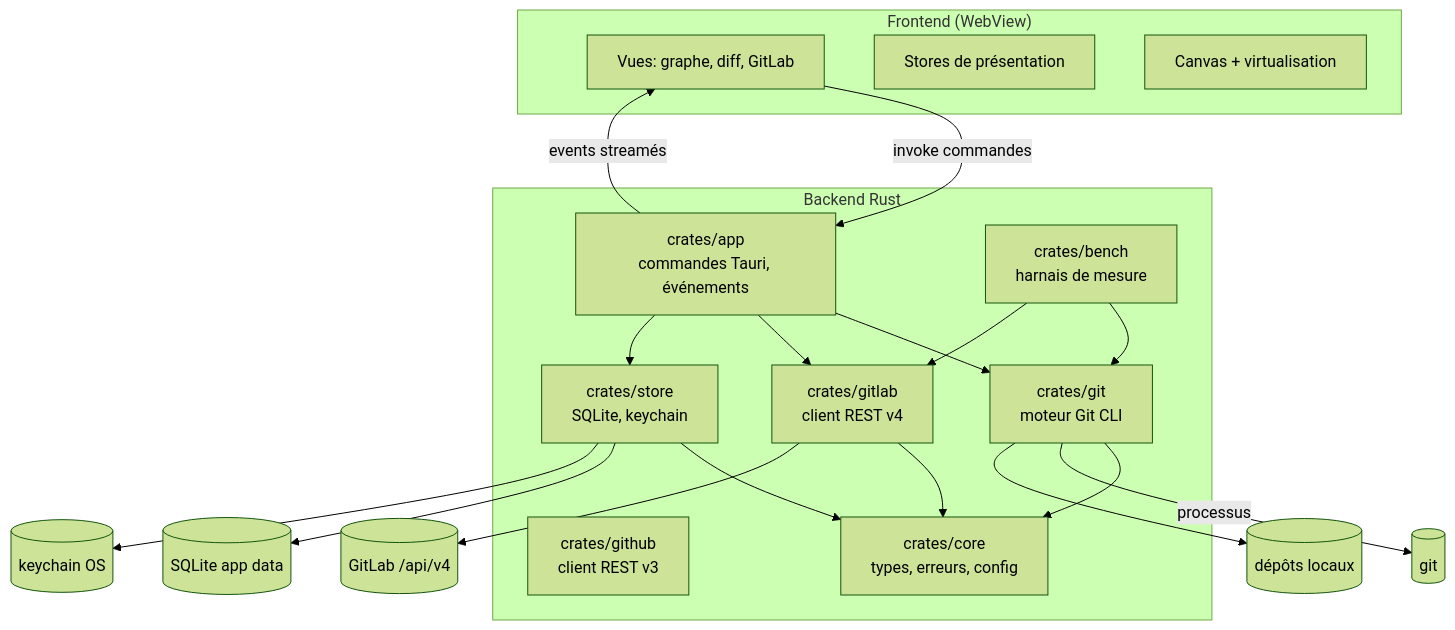
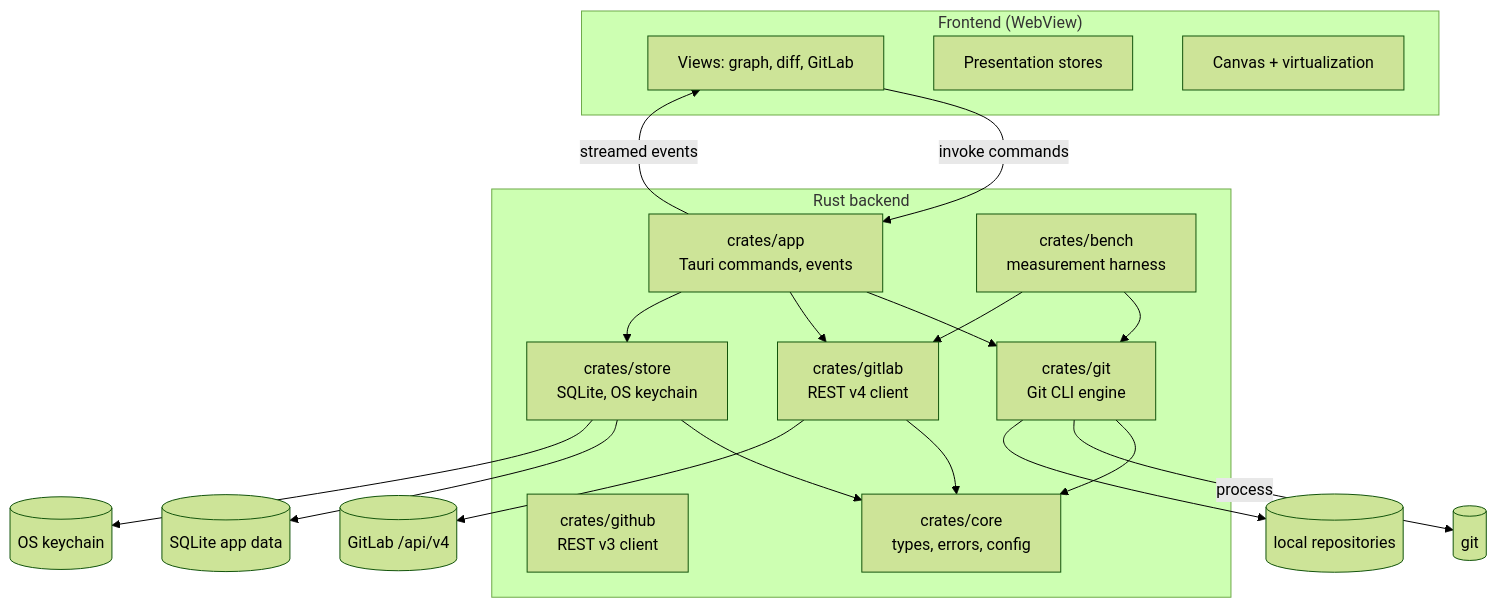
One commit to Methamorphe/beebranch changed the first of 2 diagrams in docs/02-architecture.md. Above: the diagram before and after it, drawn with Mermaid (forest theme). The commit also changed other lines of this file and 153 other files, not shown here.

````diff
--- a/docs/02-architecture.md
+++ b/docs/02-architecture.md
@@ -7,35 +7,35 @@
 ```mermaid
 flowchart TB
   subgraph Frontend["Frontend (WebView)"]
-    UI[Vues: graphe, diff, GitLab]
-    STATE[Stores de présentation]
-    RENDER[Canvas + virtualisation]
+    UI[Views: graph, diff, GitLab]
+    STATE[Presentation stores]
+    RENDER[Canvas + virtualization]
   end
 
-  subgraph Backend["Backend Rust"]
-    APP[crates/app<br/>commandes Tauri, événements]
-    GIT[crates/git<br/>moteur Git CLI]
-    GL[crates/gitlab<br/>client REST v4]
-    GH[crates/github<br/>client REST v3]
-    CORE[crates/core<br/>types, erreurs, config]
-    STORE[crates/store<br/>SQLite, keychain]
-    BENCH[crates/bench<br/>harnais de mesure]
+  subgraph Backend["Rust backend"]
+    APP[crates/app<br/>Tauri commands, events]
+    GIT[crates/git<br/>Git CLI engine]
+    GL[crates/gitlab<br/>REST v4 client]
+    GH[crates/github<br/>REST v3 client]
+    CORE[crates/core<br/>types, errors, config]
+    STORE[crates/store<br/>SQLite, OS keychain]
+    BENCH[crates/bench<br/>measurement harness]
   end
 
-  UI -->|invoke commandes| APP
-  APP -->|events streamés| UI
+  UI -->|invoke commands| APP
+  APP -->|streamed events| UI
   APP --> GIT
   APP --> GL
   APP --> STORE
   GIT --> CORE
   GL --> CORE
   STORE --> CORE
   BENCH --> GIT
   BENCH --> GL
 
-  GIT -->|processus| GITBIN[(git)]
-  GIT --> FS[(dépôts locaux)]
+  GIT -->|process| GITBIN[(git)]
+  GIT --> FS[(local repositories)]
   GL --> API[(GitLab /api/v4)]
   STORE --> DB[(SQLite app data)]
-  STORE --> KC[(keychain OS)]
+  STORE --> KC[(OS keychain)]
 ```
````
